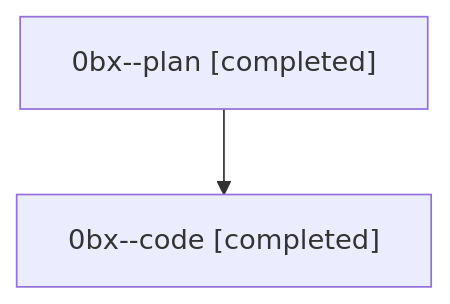
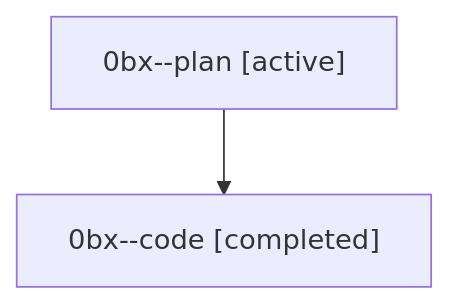
Before and after one commit to sase-org/sase--agents: the diagram in families/bbugyi200.athena.0bx.md, drawn with Mermaid. The commit also changed other lines of this file and 35830 other files, not shown here.

````diff
--- a/families/bbugyi200.athena.0bx.md
+++ b/families/bbugyi200.athena.0bx.md
@@ -9,6 +9,6 @@
 ```mermaid
 flowchart TD
-  n0["0bx--plan [completed]"]
+  n0["0bx--plan [active]"]
   n1["0bx--code [completed]"]
   n0 --> n1
 ```
````
